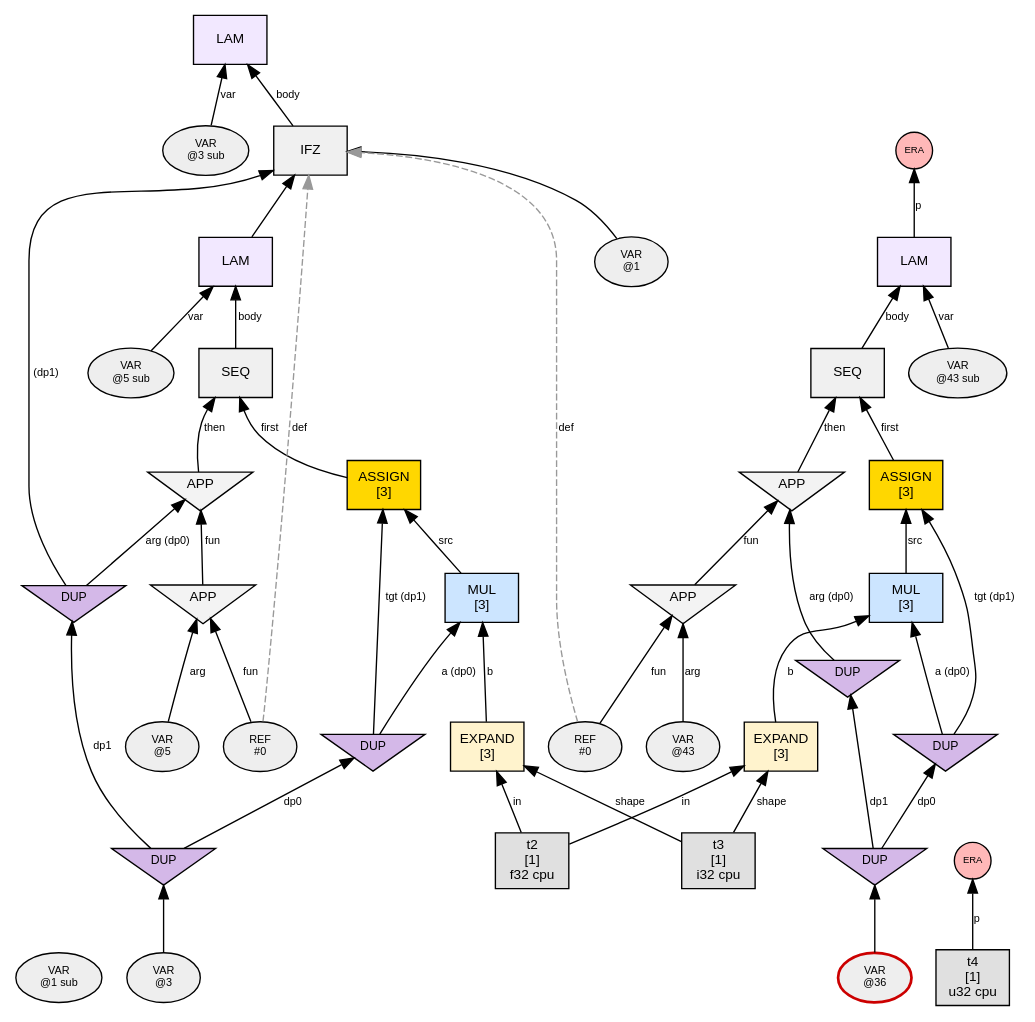
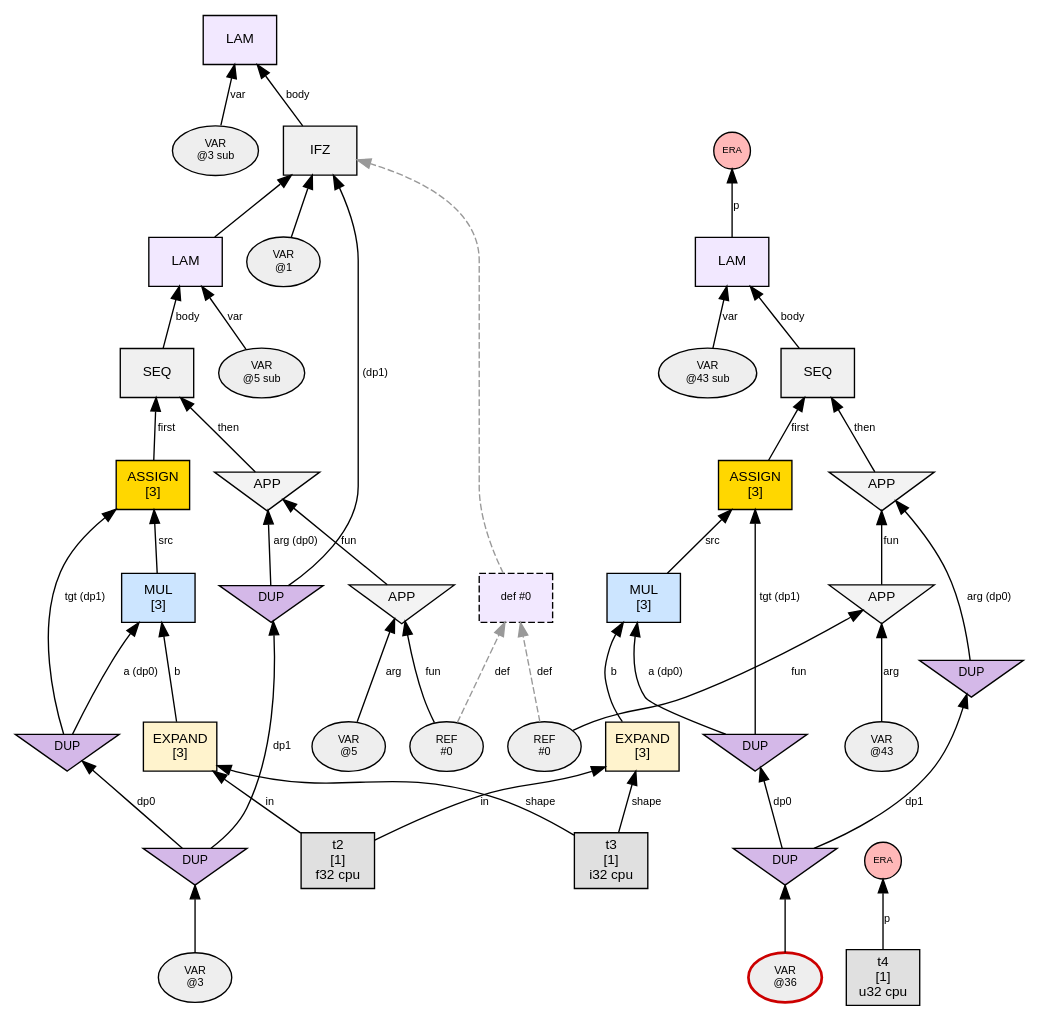
Before and after one commit to sw1sh/TinyHVM: the diagram in phase1_graphs/loop_assign_simple/n0_steps/step_005_interact_IFZ.dot, drawn with Graphviz. The commit also changed 78 other files, not shown here.

First line of the commit message:
fix: REF→def node, no floating VARs, predict arg0-first, DP/ERA tolerance

```diff
--- a/phase1_graphs/loop_assign_simple/n0_steps/step_005_interact_IFZ.dot
+++ b/phase1_graphs/loop_assign_simple/n0_steps/step_005_interact_IFZ.dot
@@ -1,89 +1,90 @@
 digraph G {
   // PREV_INTERACTION: interact_IFZ
   // NEXT_INTERACTION: interact_VAR
   rankdir=BT;
   node [fontname="Helvetica", fontsize=10, style=filled, shape=box, margin="0.1,0.05"];
   edge [fontsize=8, fontname="Helvetica"];
 
-  var1 [label="VAR\n@1 sub", shape=oval, fillcolor="#eeeeee", fontsize=8];
   n3 [label="LAM", shape=box, fillcolor="#f2e8ff"];
   var3 [label="VAR\n@3 sub", shape=oval, fillcolor="#eeeeee", fontsize=8];
   var3 -> n3 [label="var"];
   n26 -> n3 [label="body"];
   n26 [label="IFZ", shape=box, fillcolor="#f0f0f0"];
   var26 [label="VAR\n@1", shape=oval, fillcolor="#eeeeee", fontsize=8];
   var26 -> n26 [label=""];
   dup9 [label="DUP", shape=invtriangle, fillcolor="#d4b8e8", fontsize=9, width=0.7, height=0.5];
   dup7 -> dup9 [label="dp1"];
   dup7 [label="DUP", shape=invtriangle, fillcolor="#d4b8e8", fontsize=9, width=0.7, height=0.5];
   var7 [label="VAR\n@3", shape=oval, fillcolor="#eeeeee", fontsize=8];
   var7 -> dup7;
   dup9 -> n26 [label=" (dp1)"];
   n5 -> n26 [label=""];
-  var5 [label="VAR\n@5 sub", shape=oval, fillcolor="#eeeeee", fontsize=8];
   n24 [label="SEQ", shape=box, fillcolor="#f0f0f0"];
   n18 -> n24 [label="first"];
   n22 -> n24 [label="then"];
   n10 [label="EXPAND\n[3]", shape=box, fillcolor="#fff3cd"];
   t2 [label="t2\n[1]\nf32 cpu",shape=box,fillcolor="#e0e0e0"];
   t2 -> n10 [label="in"];
   t3 [label="t3\n[1]\ni32 cpu",shape=box,fillcolor="#e0e0e0"];
   t3 -> n10 [label="shape"];
   n14 [label="MUL\n[3]", shape=box, fillcolor="#cce5ff"];
   dup8 [label="DUP", shape=invtriangle, fillcolor="#d4b8e8", fontsize=9, width=0.7, height=0.5];
   dup7 -> dup8 [label="dp0"];
   dup8 -> n14 [label="a (dp0)"];
   n10 -> n14 [label="b"];
   ref20 [label="REF\n#0", shape=oval, fillcolor="#eeeeee", fontsize=8];
-  ref20 -> n26 [style=dashed, color="#999999", label="def"];
-  var21 [label="VAR\n@5", shape=oval, fillcolor="#eeeeee", fontsize=8];
+  ref20 -> def0 [style=dashed, color="#999999", label="def"];
   n20 [label="APP", shape=invtriangle, fillcolor="#f3f3f3"];
   ref20 -> n20 [label="fun"];
+  var21 [label="VAR\n@5", shape=oval, fillcolor="#eeeeee", fontsize=8];
   var21 -> n20 [label="arg"];
   n18 [label="ASSIGN\n[3]", shape=box, fillcolor="#ffd700"];
   dup8 -> n18 [label="tgt (dp1)"];
   n14 -> n18 [label="src"];
   n22 [label="APP", shape=invtriangle, fillcolor="#f3f3f3"];
   n20 -> n22 [label="fun"];
   dup9 -> n22 [label="arg (dp0)"];
   n5 [label="LAM", shape=box, fillcolor="#f2e8ff"];
+  var5 [label="VAR\n@5 sub", shape=oval, fillcolor="#eeeeee", fontsize=8];
   var5 -> n5 [label="var"];
   n24 -> n5 [label="body"];
   n43 [label="LAM", shape=box, fillcolor="#f2e8ff"];
   var43 [label="VAR\n@43 sub", shape=oval, fillcolor="#eeeeee", fontsize=8];
   var43 -> n43 [label="var"];
   n45 -> n43 [label="body"];
   n45 [label="SEQ", shape=box, fillcolor="#f0f0f0"];
   n47 -> n45 [label="first"];
   n54 -> n45 [label="then"];
   n47 [label="ASSIGN\n[3]", shape=box, fillcolor="#ffd700"];
   dup49 [label="DUP", shape=invtriangle, fillcolor="#d4b8e8", fontsize=9, width=0.7, height=0.5];
   dup42 -> dup49 [label="dp0"];
   dup42 [label="DUP", shape=invtriangle, fillcolor="#d4b8e8", fontsize=9, width=0.7, height=0.5];
   var42 [label="VAR\n@36", shape=oval, fillcolor="#eeeeee", fontsize=8,color="#cc0000",penwidth=2.0];
   var42 -> dup42;
   dup49 -> n47 [label="tgt (dp1)"];
   n50 -> n47 [label="src"];
   n54 [label="APP", shape=invtriangle, fillcolor="#f3f3f3"];
   n56 -> n54 [label="fun"];
   dup41 [label="DUP", shape=invtriangle, fillcolor="#d4b8e8", fontsize=9, width=0.7, height=0.5];
   dup42 -> dup41 [label="dp1"];
   dup41 -> n54 [label="arg (dp0)"];
   n50 [label="MUL\n[3]", shape=box, fillcolor="#cce5ff"];
   dup49 -> n50 [label="a (dp0)"];
   n52 -> n50 [label="b"];
   n52 [label="EXPAND\n[3]", shape=box, fillcolor="#fff3cd"];
   t2 -> n52 [label="in"];
   t3 -> n52 [label="shape"];
   n56 [label="APP", shape=invtriangle, fillcolor="#f3f3f3"];
   ref56 [label="REF\n#0", shape=oval, fillcolor="#eeeeee", fontsize=8];
   ref56 -> n56 [label="fun"];
   var57 [label="VAR\n@43", shape=oval, fillcolor="#eeeeee", fontsize=8];
   var57 -> n56 [label="arg"];
-  ref56 -> n26 [style=dashed, color="#999999", label="def"];
+  ref56 -> def0 [style=dashed, color="#999999", label="def"];
   era59 [label="ERA",shape=circle,width=0.38,height=0.38,fixedsize=true,fillcolor="#ffb8b8",fontsize=7];
   t4 [label="t4\n[1]\nu32 cpu",shape=box,fillcolor="#e0e0e0"];
   t4 -> era59 [label="p"];
   era61 [label="ERA",shape=circle,width=0.38,height=0.38,fixedsize=true,fillcolor="#ffb8b8",fontsize=7];
   n43 -> era61 [label="p"];
+  def0 [label="def #0", shape=box, fillcolor="#f2e8ff", style="filled,dashed", fontsize=8];
+  def0 -> n26 [style=dashed, color="#999999"];
 }
```
